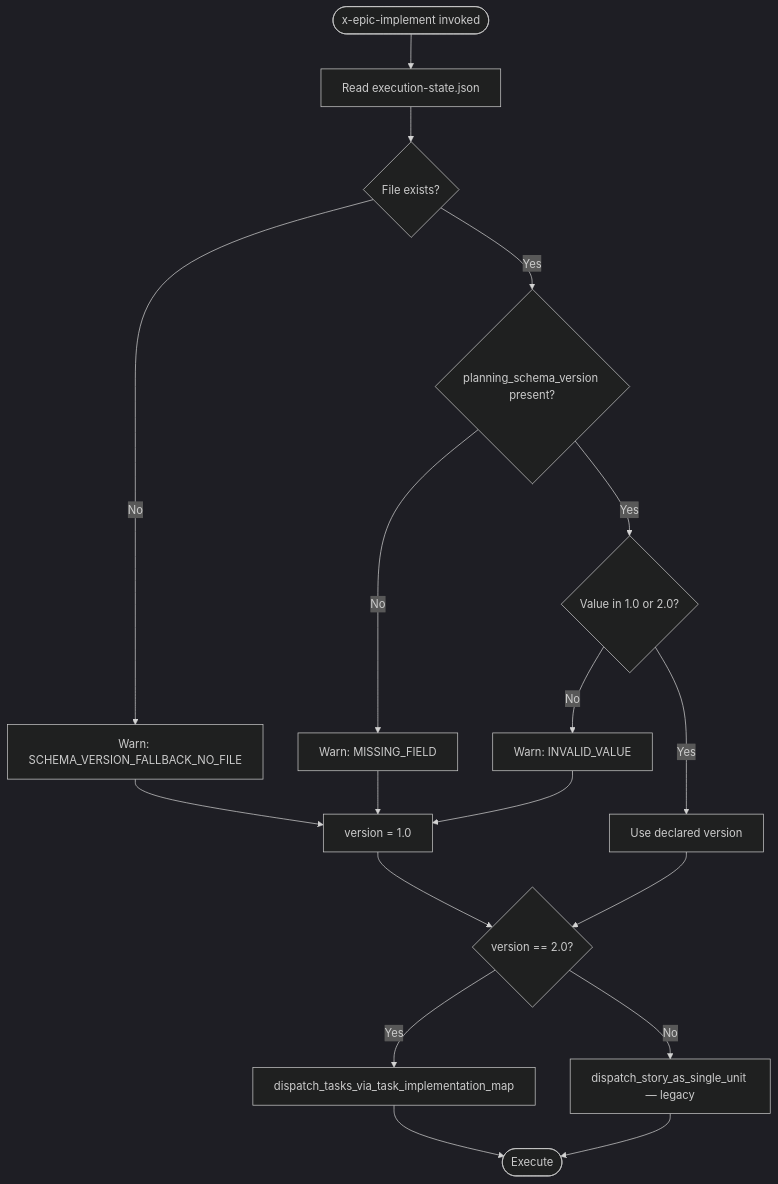
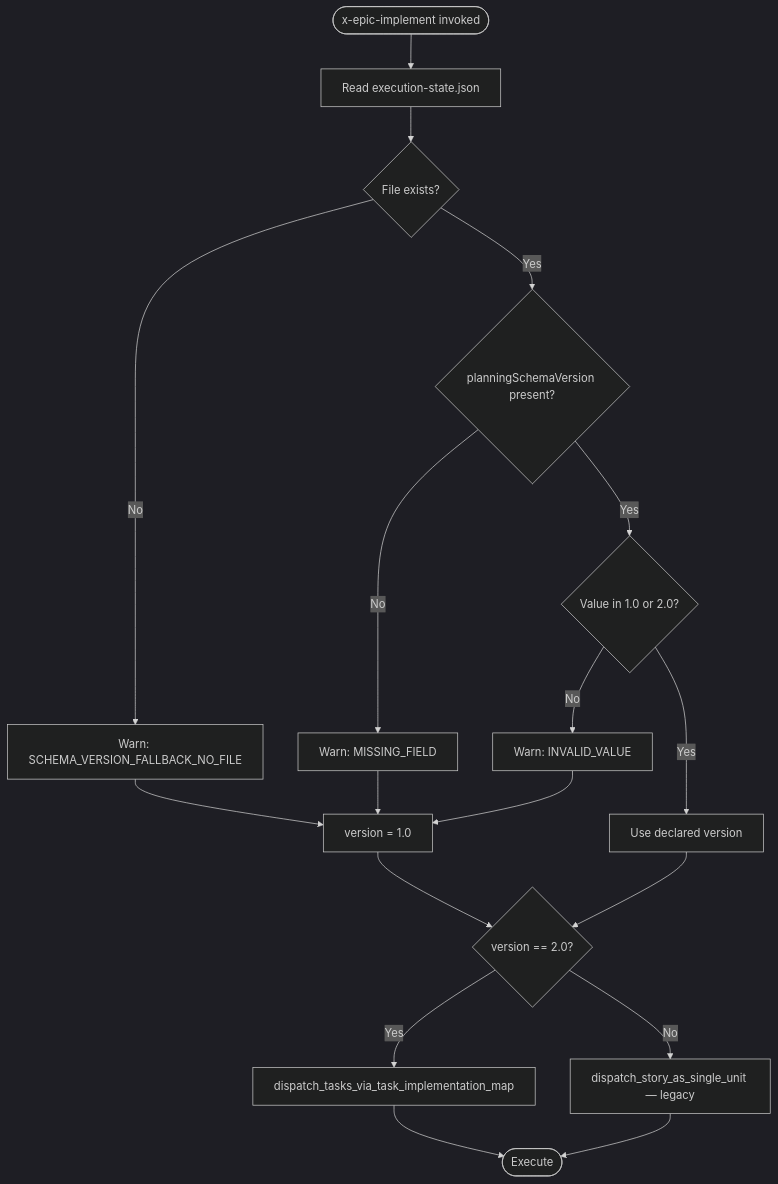
The first of 2 diagrams in plans/epic-0038/story-0038-0008.md (edercnj/ia-dev-environment), drawn with Mermaid (dark theme) before and after one commit. The commit also changed other lines of this file and 11 other files, not shown here.

````diff
--- a/plans/epic-0038/story-0038-0008.md
+++ b/plans/epic-0038/story-0038-0008.md
@@ -166,20 +181,20 @@
 ```mermaid
 flowchart TD
     Start([x-epic-implement invoked]) --> Read[Read execution-state.json]
     Read --> Exists{File exists?}
     Exists -- No --> Warn1[Warn: SCHEMA_VERSION_FALLBACK_NO_FILE]
     Warn1 --> V1[version = 1.0]
-    Exists -- Yes --> HasField{planning_schema_version present?}
+    Exists -- Yes --> HasField{planningSchemaVersion present?}
     HasField -- No --> Warn2[Warn: MISSING_FIELD]
     Warn2 --> V1
     HasField -- Yes --> Valid{Value in 1.0 or 2.0?}
     Valid -- No --> Warn3[Warn: INVALID_VALUE]
     Warn3 --> V1
     Valid -- Yes --> Use[Use declared version]
     Use --> Branch{version == 2.0?}
     V1 --> Branch
     Branch -- Yes --> V2Flow[dispatch_tasks_via_task_implementation_map]
     Branch -- No --> V1Flow[dispatch_story_as_single_unit — legacy]
     V2Flow --> End([Execute])
     V1Flow --> End
 ```
````
